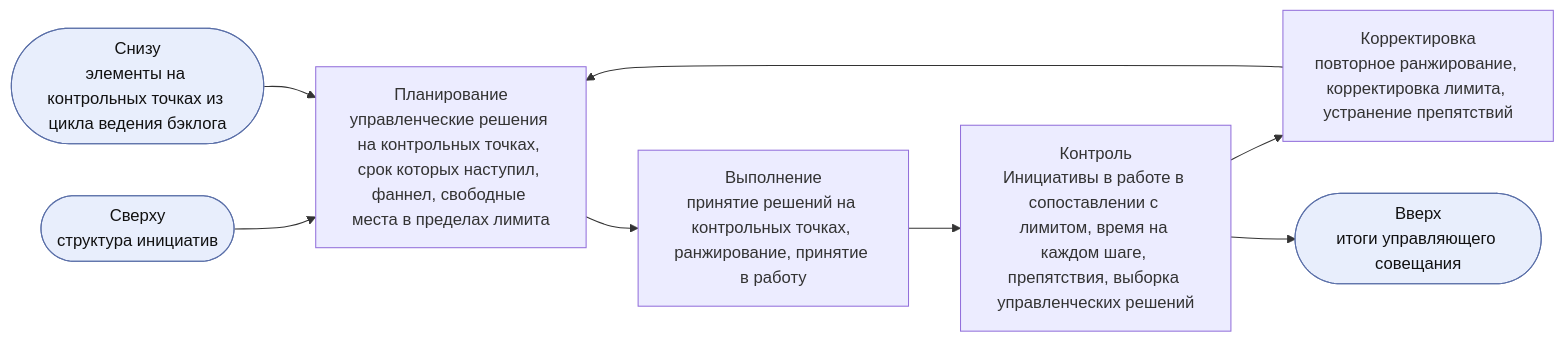
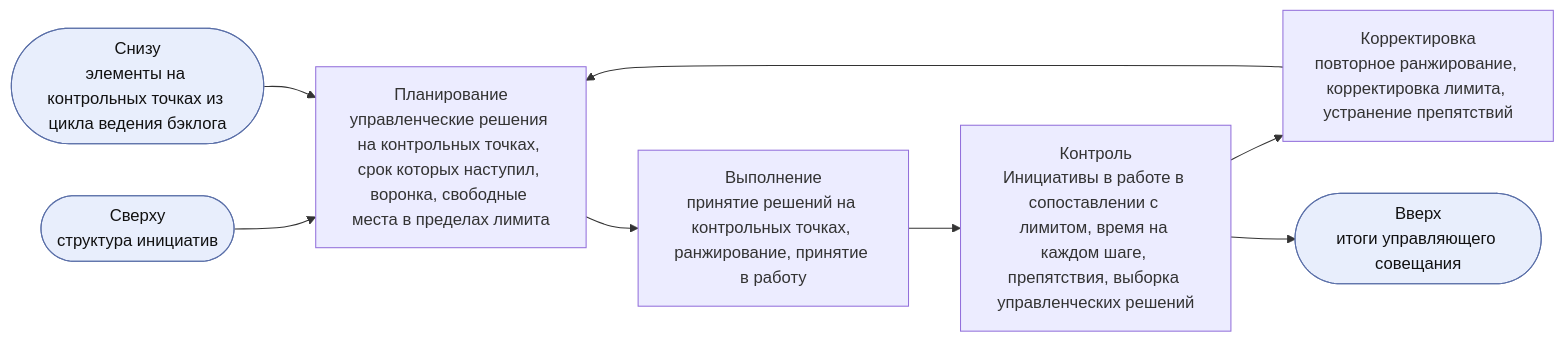
Before and after one commit to devhogu/ob-aicc: the third of 8 diagrams in charter/ru/documents/portfolio-management-model.md, drawn with Mermaid. The commit also changed other lines of this file and 131 other files, not shown here.

````diff
--- a/charter/ru/documents/portfolio-management-model.md
+++ b/charter/ru/documents/portfolio-management-model.md
@@ -97,8 +97,8 @@
 ```mermaid
 flowchart LR
   IN(["Сверху<br/>структура инициатив"]):::iface --> P
-  P["Планирование<br/>управленческие решения на контрольных точках, срок которых наступил, фаннел, свободные места в пределах лимита"] --> D["Выполнение<br/>принятие решений на контрольных точках, ранжирование, принятие в работу"] --> C["Контроль<br/>Инициативы в работе в сопоставлении с лимитом, время на каждом шаге, препятствия, выборка управленческих решений"] --> A["Корректировка<br/>повторное ранжирование, корректировка лимита, устранение препятствий"] --> P
+  P["Планирование<br/>управленческие решения на контрольных точках, срок которых наступил, воронка, свободные места в пределах лимита"] --> D["Выполнение<br/>принятие решений на контрольных точках, ранжирование, принятие в работу"] --> C["Контроль<br/>Инициативы в работе в сопоставлении с лимитом, время на каждом шаге, препятствия, выборка управленческих решений"] --> A["Корректировка<br/>повторное ранжирование, корректировка лимита, устранение препятствий"] --> P
   EV(["Снизу<br/>элементы на контрольных точках из цикла ведения бэклога"]):::iface --> P
   C --> UP(["Вверх<br/>итоги управляющего совещания"]):::iface
   classDef iface fill:#e8eefc,stroke:#5a6fa8,color:#111
 ```
````
